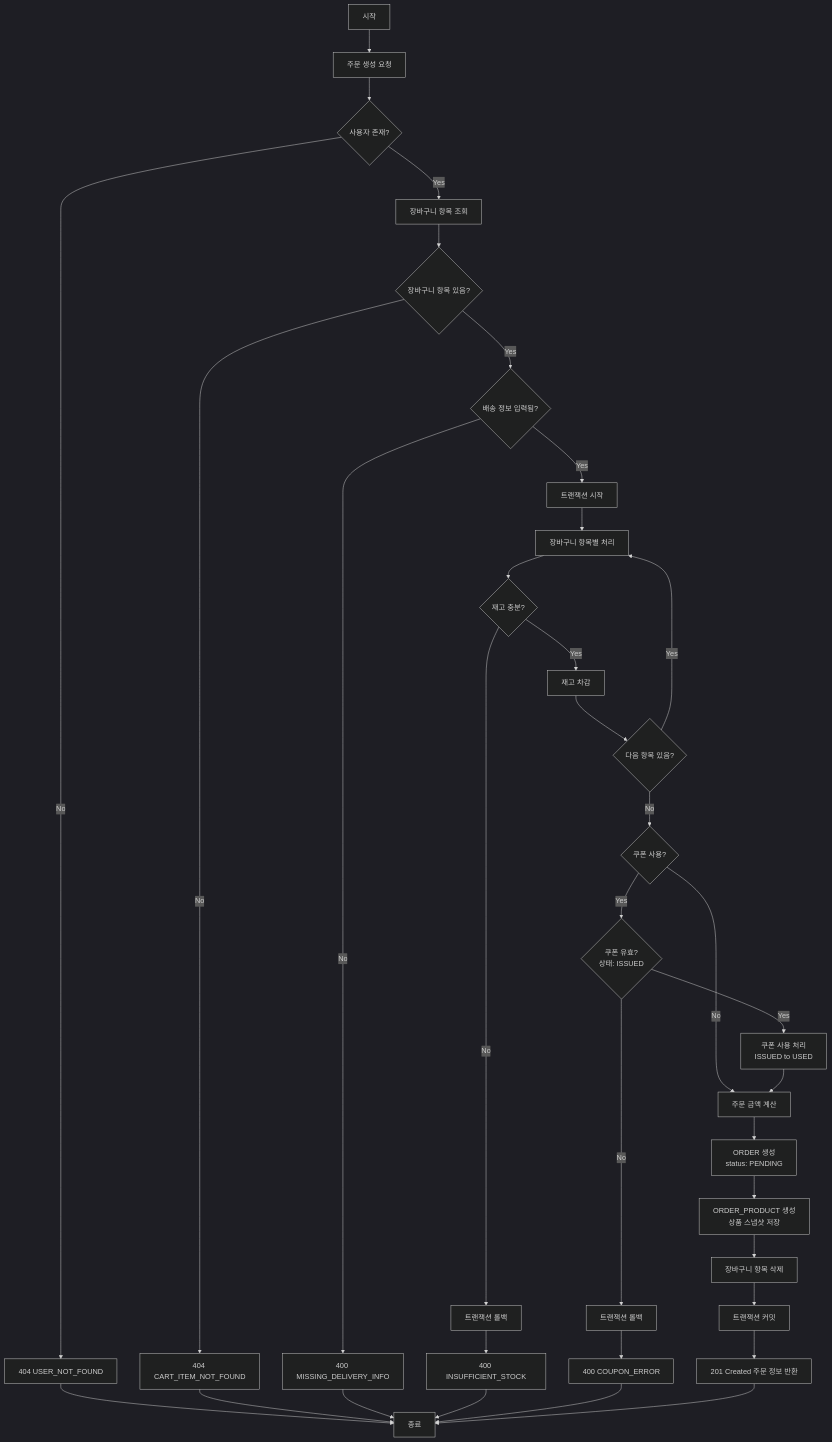
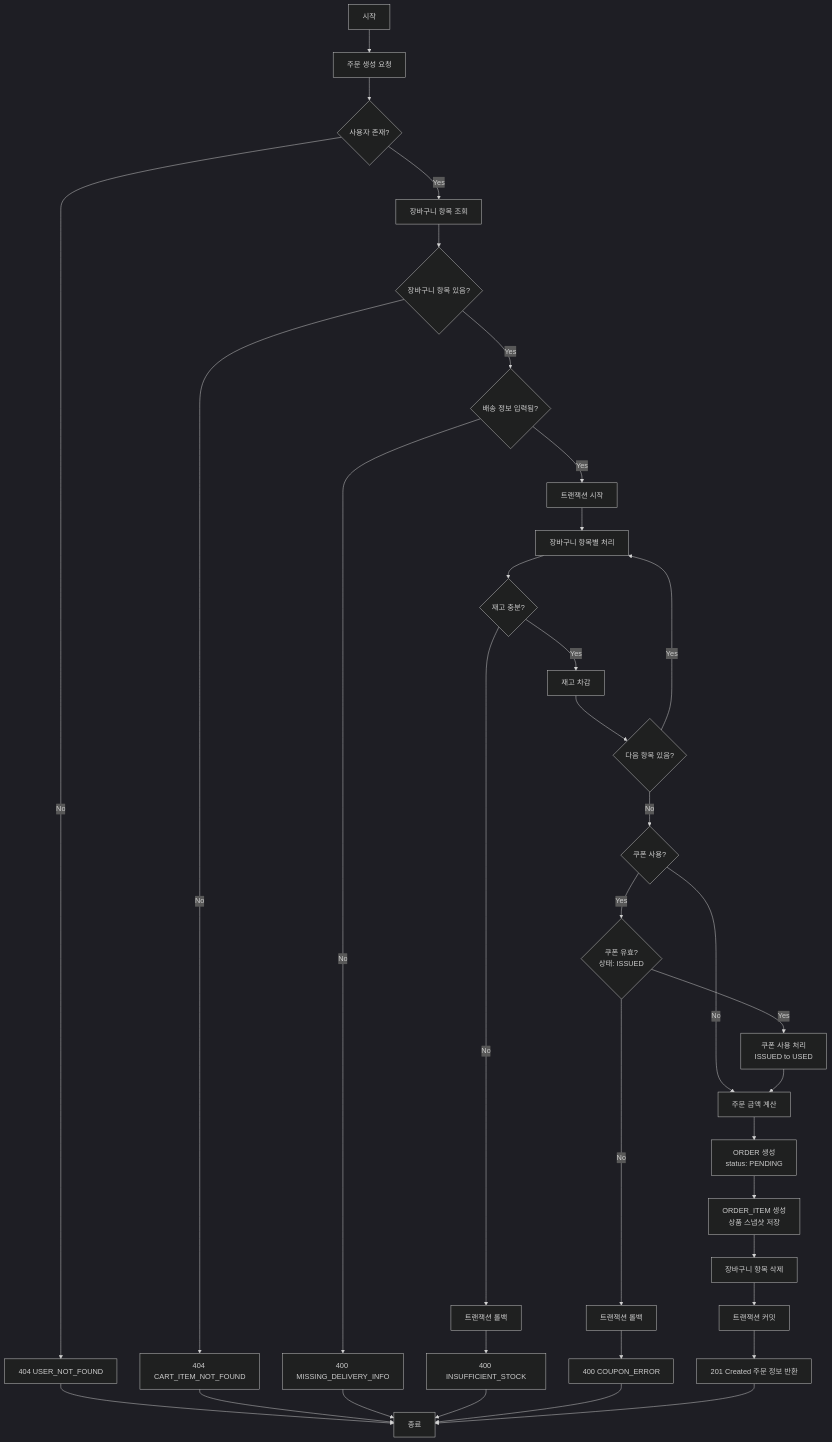
The third of 4 diagrams in docs/flowchart.md (kimujin99/hhplus10_w2), drawn with Mermaid (dark theme) before and after one commit. The commit also changed 1 other file, not shown here.

Commit message:
docs: 시퀀스 다이어그램 및 플로우차트 테이블명 변경
- ORDER_PRODUCT → ORDER_ITEM으로 변경
- docs/sequence-diagram.md: "ORDER 및 ORDER_ITEM 저장" 표기 수정
- docs/flowchart.md: "ORDER_ITEM 생성" 표기 수정

🤖 Generated with [Claude Code](https://claude.com/claude-code)

````diff
--- a/docs/flowchart.md
+++ b/docs/flowchart.md
@@ -55,45 +55,45 @@
 ```mermaid
 flowchart TD
     A[시작] --> B[주문 생성 요청]
     B --> C{사용자 존재?}
     C -->|No| D[404 USER_NOT_FOUND]
     D --> E[종료]
     C -->|Yes| F[장바구니 항목 조회]
     F --> G{장바구니 항목 있음?}
     G -->|No| H[404 CART_ITEM_NOT_FOUND]
     H --> E
 
     G -->|Yes| I{배송 정보 입력됨?}
     I -->|No| J[400 MISSING_DELIVERY_INFO]
     J --> E
 
     I -->|Yes| K[트랜잭션 시작]
     K --> L[장바구니 항목별 처리]
 
     L --> M{재고 충분?}
     M -->|No| N[트랜잭션 롤백]
     N --> O[400 INSUFFICIENT_STOCK]
     O --> E
 
     M -->|Yes| P[재고 차감]
     P --> Q{다음 항목 있음?}
     Q -->|Yes| L
 
     Q -->|No| R{쿠폰 사용?}
     R -->|No| W[주문 금액 계산]
 
     R -->|Yes| S{쿠폰 유효?<br/>상태: ISSUED}
     S -->|No| T[트랜잭션 롤백]
     T --> U[400 COUPON_ERROR]
     U --> E
 
     S -->|Yes| V[쿠폰 사용 처리<br/>ISSUED to USED]
     V --> W
 
     W --> X[ORDER 생성<br/>status: PENDING]
-    X --> Y[ORDER_PRODUCT 생성<br/>상품 스냅샷 저장]
+    X --> Y[ORDER_ITEM 생성<br/>상품 스냅샷 저장]
     Y --> Z[장바구니 항목 삭제]
     Z --> AA[트랜잭션 커밋]
     AA --> AB[201 Created 주문 정보 반환]
     AB --> E
 ```
````
